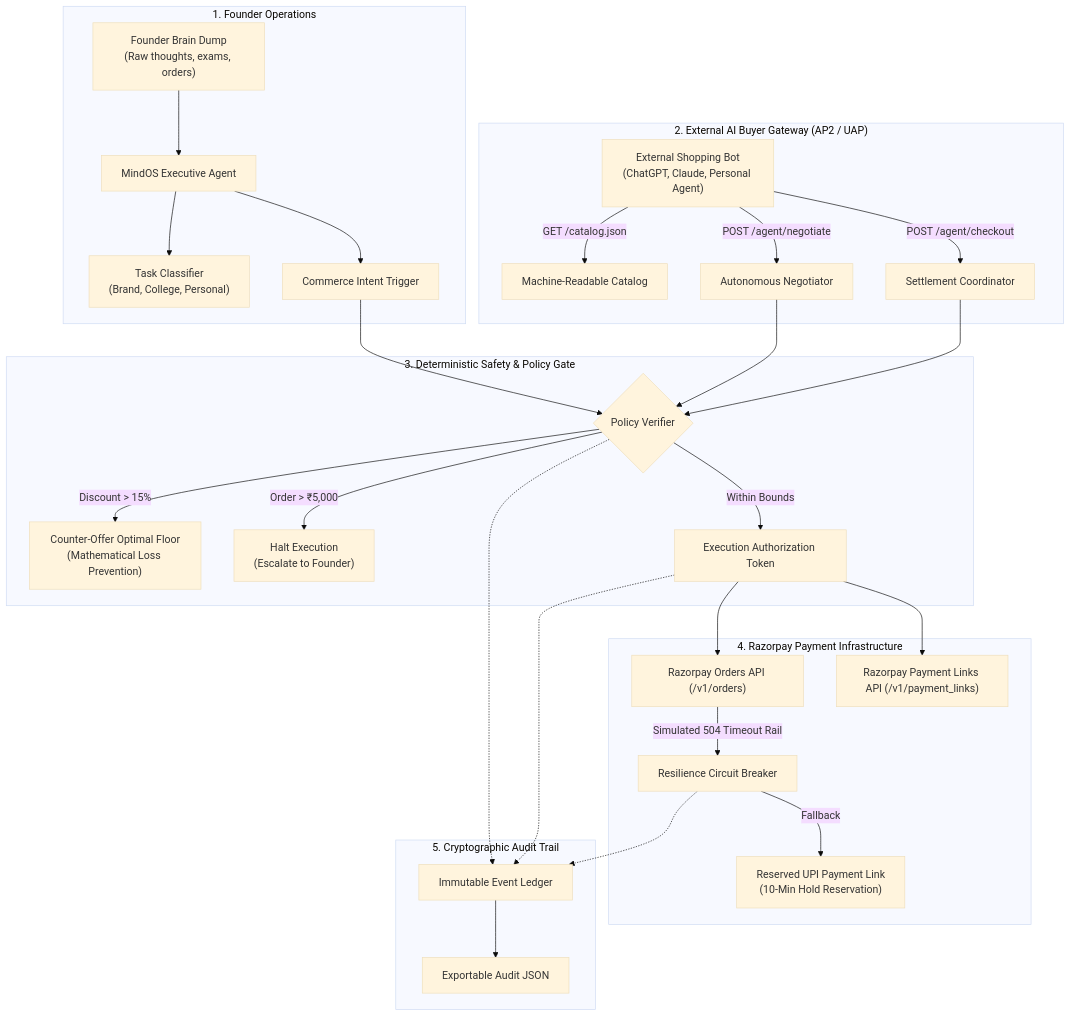
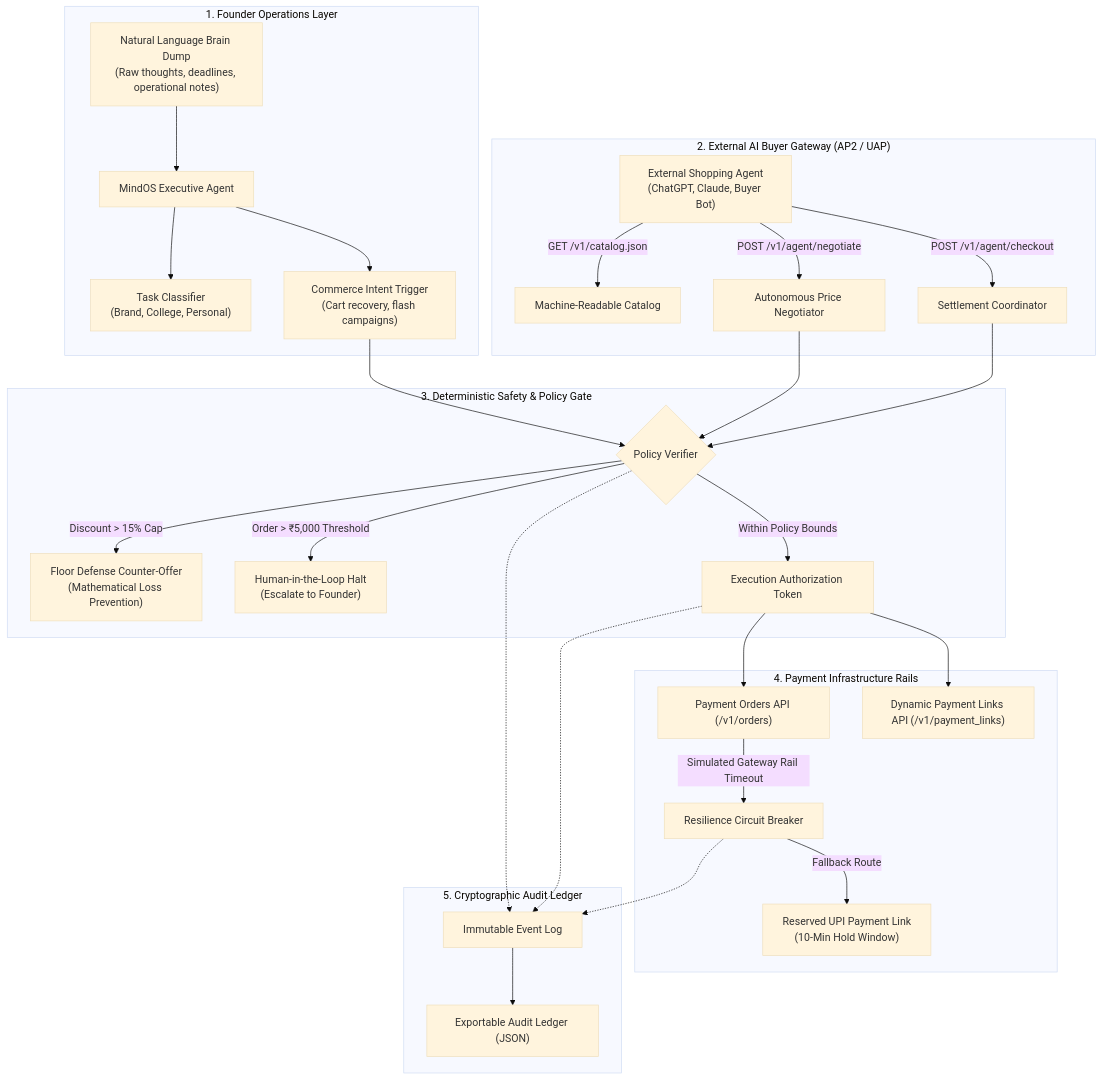
One commit to Dia-Garg/MindOS changed the diagram in README.md. Above: the diagram before and after it, drawn with Mermaid (base theme). The commit also changed other lines of this file and 1 other file, not shown here.

Commit message:
docs: present MindOS as an authentic, standalone open-source project

````diff
--- a/README.md
+++ b/README.md
@@ -72,37 +81,37 @@
 ```mermaid
 flowchart TD
-    subgraph InputLayer ["1. Founder Operations"]
-        A["Founder Brain Dump\n(Raw thoughts, exams, orders)"] --> B["MindOS Executive Agent"]
+    subgraph FounderOps ["1. Founder Operations Layer"]
+        A["Natural Language Brain Dump\n(Raw thoughts, deadlines, operational notes)"] --> B["MindOS Executive Agent"]
         B --> C["Task Classifier\n(Brand, College, Personal)"]
-        B --> D["Commerce Intent Trigger"]
+        B --> D["Commerce Intent Trigger\n(Cart recovery, flash campaigns)"]
     end
 
-    subgraph AgenticProtocol ["2. External AI Buyer Gateway (AP2 / UAP)"]
-        E["External Shopping Bot\n(ChatGPT, Claude, Personal Agent)"] -->|GET /catalog.json| F["Machine-Readable Catalog"]
-        E -->|POST /agent/negotiate| G["Autonomous Negotiator"]
-        E -->|POST /agent/checkout| H["Settlement Coordinator"]
+    subgraph AgentProtocol ["2. External AI Buyer Gateway (AP2 / UAP)"]
+        E["External Shopping Agent\n(ChatGPT, Claude, Buyer Bot)"] -->|GET /v1/catalog.json| F["Machine-Readable Catalog"]
+        E -->|POST /v1/agent/negotiate| G["Autonomous Price Negotiator"]
+        E -->|POST /v1/agent/checkout| H["Settlement Coordinator"]
     end
 
     subgraph PolicyEngine ["3. Deterministic Safety & Policy Gate"]
         D --> I{"Policy Verifier"}
         G --> I
         H --> I
-        I -->|Discount > 15%| J["Counter-Offer Optimal Floor\n(Mathematical Loss Prevention)"]
-        I -->|Order > ₹5,000| K["Halt Execution\n(Escalate to Founder)"]
-        I -->|Within Bounds| L["Execution Authorization Token"]
+        I -->|Discount > 15% Cap| J["Floor Defense Counter-Offer\n(Mathematical Loss Prevention)"]
+        I -->|Order > ₹5,000 Threshold| K["Human-in-the-Loop Halt\n(Escalate to Founder)"]
+        I -->|Within Policy Bounds| L["Execution Authorization Token"]
     end
 
-    subgraph RazorpayRails ["4. Razorpay Payment Infrastructure"]
-        L --> M["Razorpay Orders API (/v1/orders)"]
-        L --> N["Razorpay Payment Links API (/v1/payment_links)"]
-        M -->|Simulated 504 Timeout Rail| O["Resilience Circuit Breaker"]
-        O -->|Fallback| P["Reserved UPI Payment Link\n(10-Min Hold Reservation)"]
+    subgraph PaymentLayer ["4. Payment Infrastructure Rails"]
+        L --> M["Payment Orders API (/v1/orders)"]
+        L --> N["Dynamic Payment Links API (/v1/payment_links)"]
+        M -->|Simulated Gateway Rail Timeout| O["Resilience Circuit Breaker"]
+        O -->|Fallback Route| P["Reserved UPI Payment Link\n(10-Min Hold Window)"]
     end
 
-    subgraph AuditLedger ["5. Cryptographic Audit Trail"]
-        I -.-> Q["Immutable Event Ledger"]
+    subgraph AuditLedger ["5. Cryptographic Audit Ledger"]
+        I -.-> Q["Immutable Event Log"]
         L -.-> Q
         O -.-> Q
-        Q --> R["Exportable Audit JSON"]
+        Q --> R["Exportable Audit Ledger (JSON)"]
     end
 ```
````
